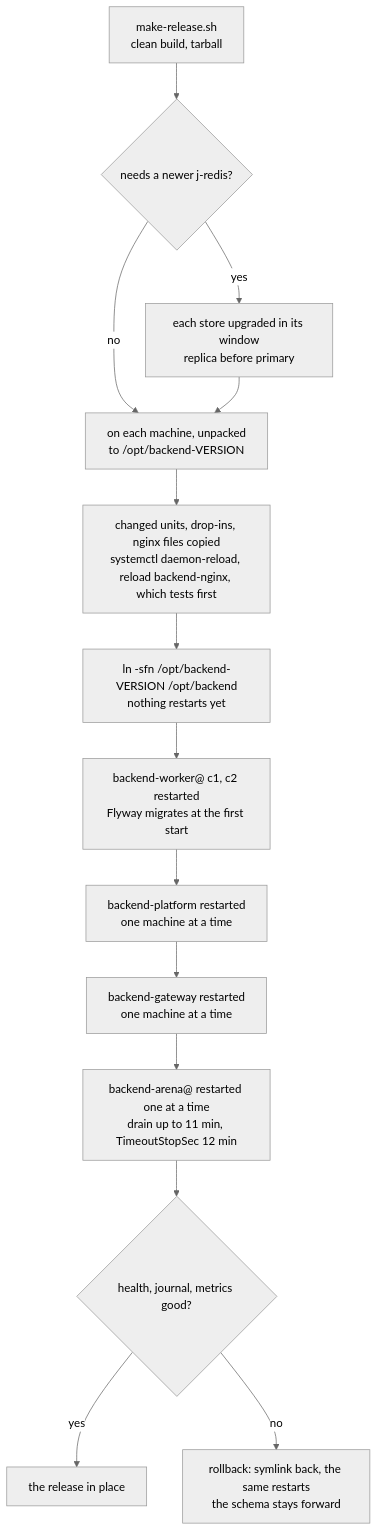
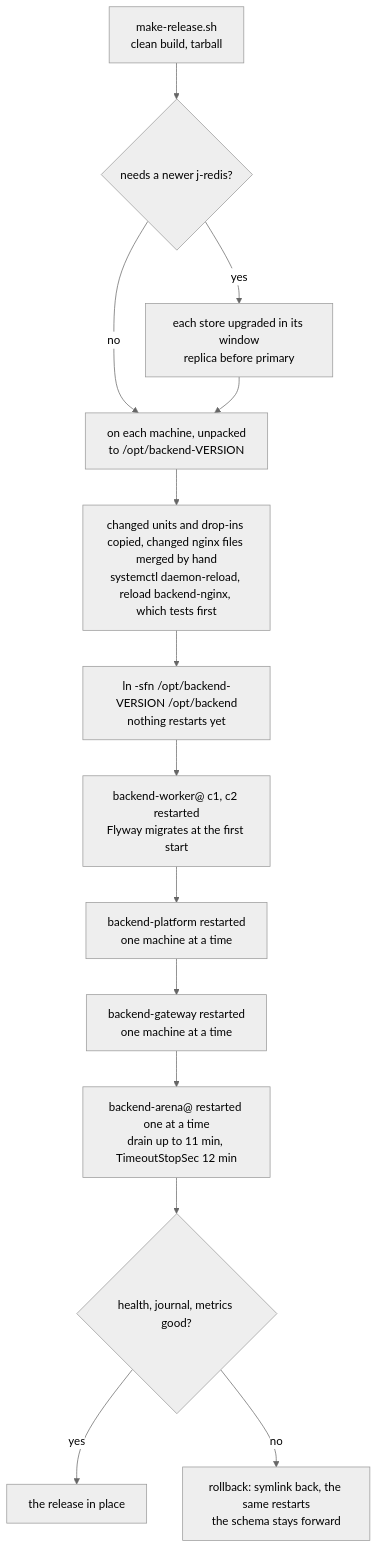
One commit to greensoft-atom/depio-simulation-platform changed the fifth of 9 diagrams in docs/diagrams/07-deploy-and-operations.md. Above: the diagram before and after it, drawn with Mermaid (neutral theme). The commit also changed other lines of this file and 121 other files, not shown here.

````diff
--- a/docs/diagrams/07-deploy-and-operations.md
+++ b/docs/diagrams/07-deploy-and-operations.md
@@ -213,29 +236,29 @@
 ```mermaid
 flowchart TD
     build["make-release.sh<br/>clean build, tarball"]
     jr{"needs a newer j-redis?"}
     jrup["each store upgraded in its window<br/>replica before primary"]
     unpack["on each machine, unpacked<br/>to /opt/backend-VERSION"]
-    units["changed units, drop-ins, nginx files copied<br/>systemctl daemon-reload, reload backend-nginx, which tests first"]
+    units["changed units and drop-ins copied, changed nginx files merged by hand<br/>systemctl daemon-reload, reload backend-nginx, which tests first"]
     link["ln -sfn /opt/backend-VERSION /opt/backend<br/>nothing restarts yet"]
     wk["backend-worker@ c1, c2 restarted<br/>Flyway migrates at the first start"]
     pf["backend-platform restarted<br/>one machine at a time"]
     gw["backend-gateway restarted<br/>one machine at a time"]
     ar["backend-arena@ restarted one at a time<br/>drain up to 11 min, TimeoutStopSec 12 min"]
     chk{"health, journal, metrics good?"}
     done["the release in place"]
     back["rollback: symlink back, the same restarts<br/>the schema stays forward"]
     build --> jr
     jr -->|"yes"| jrup
     jr -->|"no"| unpack
     jrup --> unpack
     unpack --> units
     units --> link
     link --> wk
     wk --> pf
     pf --> gw
     gw --> ar
     ar --> chk
     chk -->|"yes"| done
     chk -->|"no"| back
 ```
````
